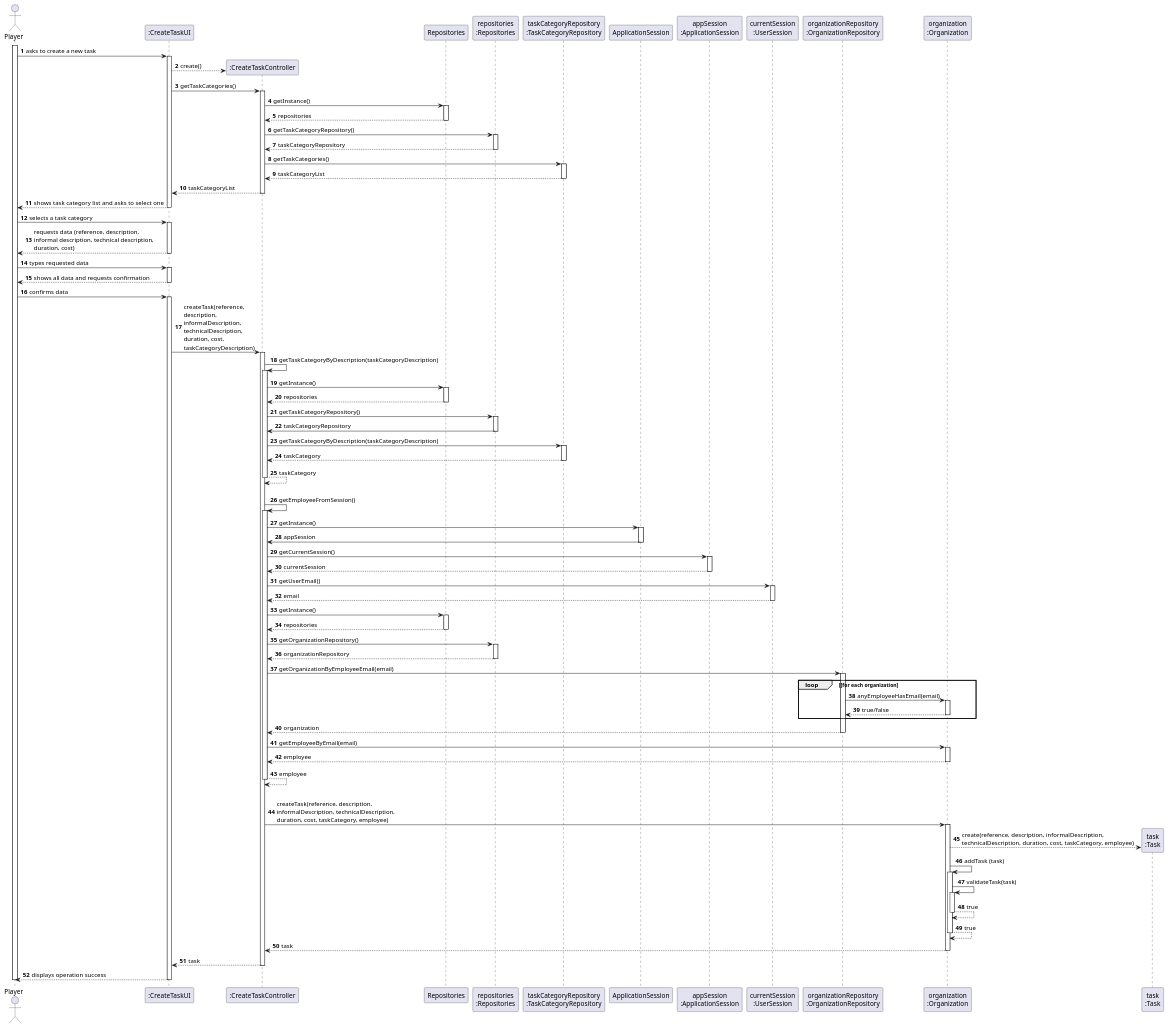
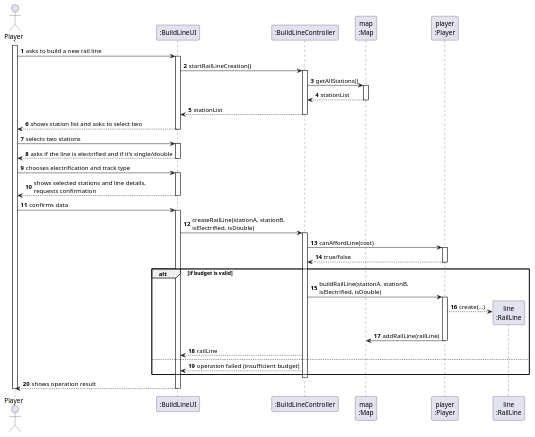
One commit to 1240826/empire-on-tracks changed the diagram in docs/system-documentation/US008/03.design/puml/US008-SD-full.puml. Above: the diagram before and after it, drawn with PlantUML. The commit also changed 3 other files, not shown here.

```diff
--- a/docs/system-documentation/US008/03.design/puml/US008-SD-full.puml
+++ b/docs/system-documentation/US008/03.design/puml/US008-SD-full.puml
@@ -1,157 +1,70 @@
 @startuml
 'skinparam monochrome true
 skinparam packageStyle rectangle
 skinparam shadowing false
 
 autonumber
 
 'hide footbox
-actor "Player" as ORG_EMPLOYEE
-participant ":CreateTaskUI" as UI
-participant ":CreateTaskController" as CTRL
-participant "Repositories" as REPOS
-participant "repositories\n:Repositories" as REPOS_SINGLETON
-participant "taskCategoryRepository\n:TaskCategoryRepository" as TASK_CAT_REPO
-participant "ApplicationSession" as APP_SESSION
-participant "appSession\n:ApplicationSession" as APP_SESSION_SINGLETON
-participant "currentSession\n:UserSession" as CURRENT_SESSION
-participant "organizationRepository\n:OrganizationRepository" as ORG_REPO
-participant "organization\n:Organization" as ORG
-participant "task\n:Task" as TASK
+actor "Player" as PLAYER
+participant ":BuildLineUI" as UI
+participant ":BuildLineController" as CTRL
+participant "map\n:Map" as MAP
+participant "player\n:Player" as PLAYER_OBJ
+participant "line\n:RailLine" as RAIL_LINE
 
-activate ORG_EMPLOYEE
+activate PLAYER
 
-        ORG_EMPLOYEE -> UI : asks to create a new task
-        activate UI
-            UI --> CTRL** : create()
+    PLAYER -> UI : asks to build a new rail line
+    activate UI
+        UI -> CTRL : startRailLineCreation()
+        activate CTRL
 
-            UI -> CTRL : getTaskCategories()
-            activate CTRL
-                CTRL -> REPOS : getInstance()
-                activate REPOS
-                    REPOS --> CTRL: repositories
-                deactivate REPOS
+            CTRL -> MAP : getAllStations()
+            activate MAP
+                MAP --> CTRL : stationList
+            deactivate MAP
 
-                CTRL -> REPOS_SINGLETON : getTaskCategoryRepository()
-                activate REPOS_SINGLETON
-                    REPOS_SINGLETON --> CTRL: taskCategoryRepository
-                deactivate REPOS_SINGLETON
+            CTRL --> UI : stationList
+        deactivate CTRL
 
-                CTRL -> TASK_CAT_REPO : getTaskCategories()
-                activate TASK_CAT_REPO
-                    TASK_CAT_REPO --> CTRL : taskCategoryList
-                deactivate TASK_CAT_REPO
-
-                CTRL --> UI : taskCategoryList
-            deactivate CTRL
-
-            UI --> ORG_EMPLOYEE : shows task category list and asks to select one
-        deactivate UI
-
-    ORG_EMPLOYEE -> UI : selects a task category
-    activate UI
-        UI --> ORG_EMPLOYEE : requests data (reference, description, \ninformal description, technical description,\nduration, cost)
+        UI --> PLAYER : shows station list and asks to select two
     deactivate UI
 
-    ORG_EMPLOYEE -> UI : types requested data
+    PLAYER -> UI : selects two stations
     activate UI
-        UI --> ORG_EMPLOYEE : shows all data and requests confirmation
+        UI --> PLAYER : asks if the line is electrified and if it’s single/double
     deactivate UI
 
-    ORG_EMPLOYEE -> UI : confirms data
+    PLAYER -> UI : chooses electrification and track type
     activate UI
-        UI -> CTRL : createTask(reference,\ndescription,\ninformalDescription,\ntechnicalDescription,\nduration, cost,\ntaskCategoryDescription)
-        activate CTRL
-            CTRL -> CTRL : getTaskCategoryByDescription(taskCategoryDescription)
-            activate CTRL
-                CTRL -> REPOS : getInstance()
-                activate REPOS
-                    REPOS --> CTRL: repositories
-                deactivate REPOS
-
-                CTRL -> REPOS_SINGLETON : getTaskCategoryRepository()
-                activate REPOS_SINGLETON
-                    REPOS_SINGLETON -> CTRL : taskCategoryRepository
-                deactivate REPOS_SINGLETON
-
-                CTRL -> TASK_CAT_REPO : getTaskCategoryByDescription(taskCategoryDescription)
-                activate TASK_CAT_REPO
-                    TASK_CAT_REPO --> CTRL : taskCategory
-                deactivate TASK_CAT_REPO
-                    CTRL --> CTRL : taskCategory
-            deactivate CTRL
-
-            |||
-            CTRL -> CTRL : getEmployeeFromSession()
-            activate CTRL
-                CTRL -> APP_SESSION: getInstance()
-                activate APP_SESSION
-                    APP_SESSION -> CTRL: appSession
-                deactivate APP_SESSION
-
-                CTRL -> APP_SESSION_SINGLETON: getCurrentSession()
-                activate APP_SESSION_SINGLETON
-                    APP_SESSION_SINGLETON --> CTRL: currentSession
-                deactivate APP_SESSION_SINGLETON
-
-                CTRL -> CURRENT_SESSION: getUserEmail()
-                activate CURRENT_SESSION
-                    CURRENT_SESSION --> CTRL: email
-                deactivate CURRENT_SESSION
-
-                CTRL -> REPOS : getInstance()
-                activate REPOS
-                    REPOS --> CTRL: repositories
-                deactivate REPOS
-
-                CTRL -> REPOS_SINGLETON: getOrganizationRepository()
-                activate REPOS_SINGLETON
-                    REPOS_SINGLETON --> CTRL: organizationRepository
-                deactivate REPOS_SINGLETON
-
-                CTRL -> ORG_REPO: getOrganizationByEmployeeEmail(email)
-                activate ORG_REPO
-
-                    loop [for each organization
-                        ORG_REPO -> ORG : anyEmployeeHasEmail(email)
-                        activate ORG
-                             ORG --> ORG_REPO : true/false
-                        deactivate ORG
-                    end
-                    ORG_REPO --> CTRL : organization
-                deactivate ORG_REPO
-
-                CTRL -> ORG: getEmployeeByEmail(email)
-                activate ORG
-                    ORG --> CTRL : employee
-                deactivate ORG
-
-                CTRL --> CTRL : employee
-            deactivate CTRL
-
-            |||
-            CTRL -> ORG: createTask(reference, description,\ninformalDescription, technicalDescription,\nduration, cost, taskCategory, employee)
-            activate ORG
-                ORG --> TASK**: create(reference, description, informalDescription, \ntechnicalDescription, duration, cost, taskCategory, employee)
-
-                ORG -> ORG: addTask (task)
-                activate ORG
-                    ORG -> ORG: validateTask(task)
-                    activate ORG
-                        ORG --> ORG : true
-                    deactivate ORG
-
-                    ORG --> ORG : true
-                deactivate ORG
-
-                ORG --> CTRL : task
-            deactivate ORG
-
-            CTRL --> UI: task
-            deactivate CTRL
-            UI --> ORG_EMPLOYEE: displays operation success
+        UI --> PLAYER : shows selected stations and line details,\nrequests confirmation
     deactivate UI
 
-deactivate ORG_EMPLOYEE
+    PLAYER -> UI : confirms data
+    activate UI
+        UI -> CTRL : createRailLine(stationA, stationB,\nisElectrified, isDouble)
+        activate CTRL
 
+            CTRL -> PLAYER_OBJ : canAffordLine(cost)
+            activate PLAYER_OBJ
+                PLAYER_OBJ --> CTRL : true/false
+            deactivate PLAYER_OBJ
+
+            alt if budget is valid
+                CTRL -> PLAYER_OBJ : buildRailLine(stationA, stationB,\nisElectrified, isDouble)
+                activate PLAYER_OBJ
+                    PLAYER_OBJ --> RAIL_LINE** : create(...)
+                    PLAYER_OBJ -> MAP : addRailLine(railLine)
+                    deactivate PLAYER_OBJ
+                CTRL --> UI : railLine
+            else
+                CTRL --> UI : operation failed (insufficient budget)
+            end
+
+        deactivate CTRL
+        UI --> PLAYER : shows operation result
+    deactivate UI
+
+deactivate PLAYER
 @enduml
```
